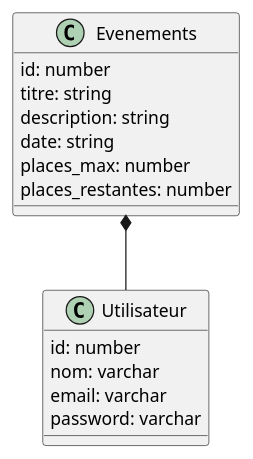
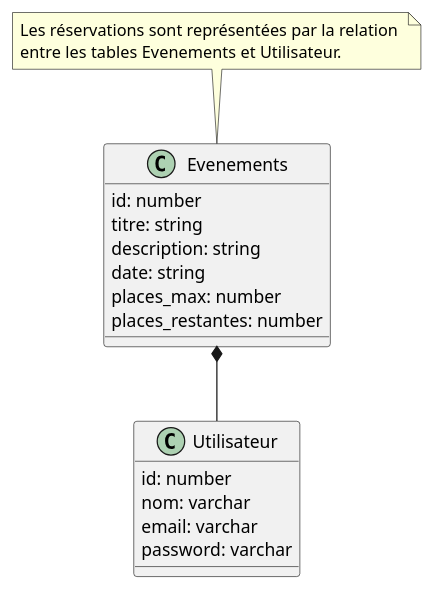
The diagram in docs/classdiagram.plantuml (Ninotter/YEvent), drawn with PlantUML before and after one commit. The commit also changed 3 other files, not shown here.

```diff
--- a/docs/classdiagram.plantuml
+++ b/docs/classdiagram.plantuml
@@ -1,18 +1,23 @@
-@startuml
+@startuml Diagramme d'entités.
 Evenements *-- Utilisateur
 class Evenements {
     id: number
     titre: string
     description: string
     date: string
     places_max: number
     places_restantes: number
 }
 
 class Utilisateur {
     id: number
     nom: varchar
     email: varchar
     password: varchar
 }
+
+note top of Evenements
+    Les réservations sont représentées par la relation 
+    entre les tables Evenements et Utilisateur.
+end note
 @enduml
```
